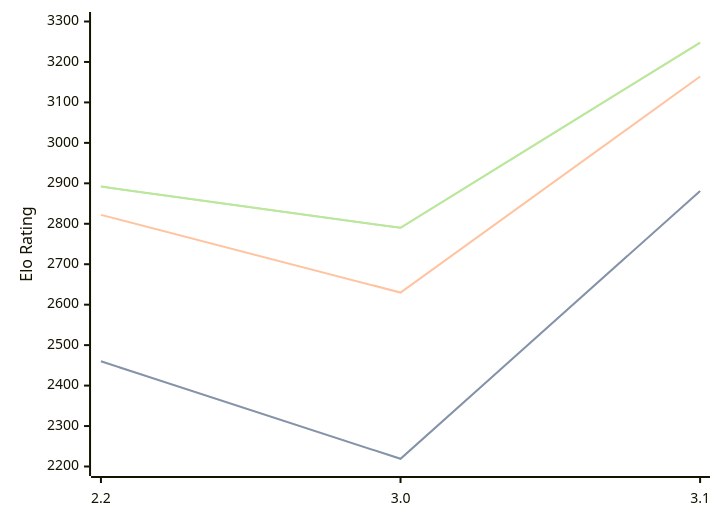
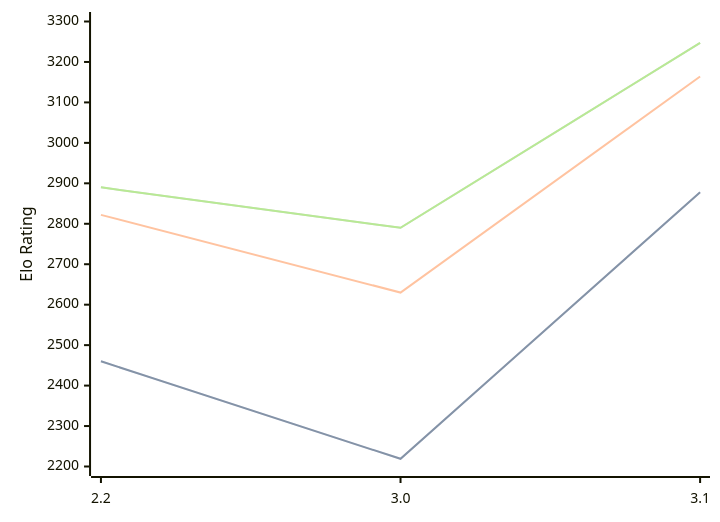
One commit to computer-chess-index/cci changed the diagram in engines/Thrawn.md. Above: the diagram before and after it, drawn with Mermaid. The commit also changed other lines of this file, not shown here.

Commit message:
Update CCI Ratings (ELO VLTC) - 2026-08-02

````diff
--- a/engines/Thrawn.md
+++ b/engines/Thrawn.md
@@ -41,11 +41,11 @@
 ```mermaid
 %%{init: {"theme":"base","themeVariables":{"seriesColors:['#a3a3a3','#222221','#faa371']}}}%%
 xychart-beta
   x-axis ["2.2", "3.0", "3.1"]
   y-axis "Elo Rating" 2200 --> 3300
-  line "STC (8.0+0.08s)" [2460, 2219, 2881]
-  line "STC (8.0+0.08s)" [2460, 2219, 2881]
+  line "STC (8.0+0.08s)" [2460, 2219, 2878]
+  line "STC (8.0+0.08s)" [2460, 2219, 2878]
   line "LTC (60.0+0.60s)" [2822, 2630, 3164]
-  line "VLTC (2m24s+1.12s)" [2892, 2790, 3248]
-  line "VLTC (2m24s+1.12s)" [2892, 2790, 3248]
+  line "VLTC (2m24s+1.12s)" [2890, 2790, 3247]
+  line "VLTC (2m24s+1.12s)" [2890, 2790, 3247]
 ```
````
